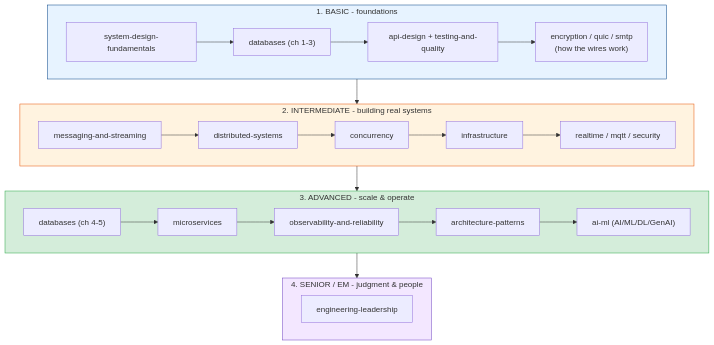
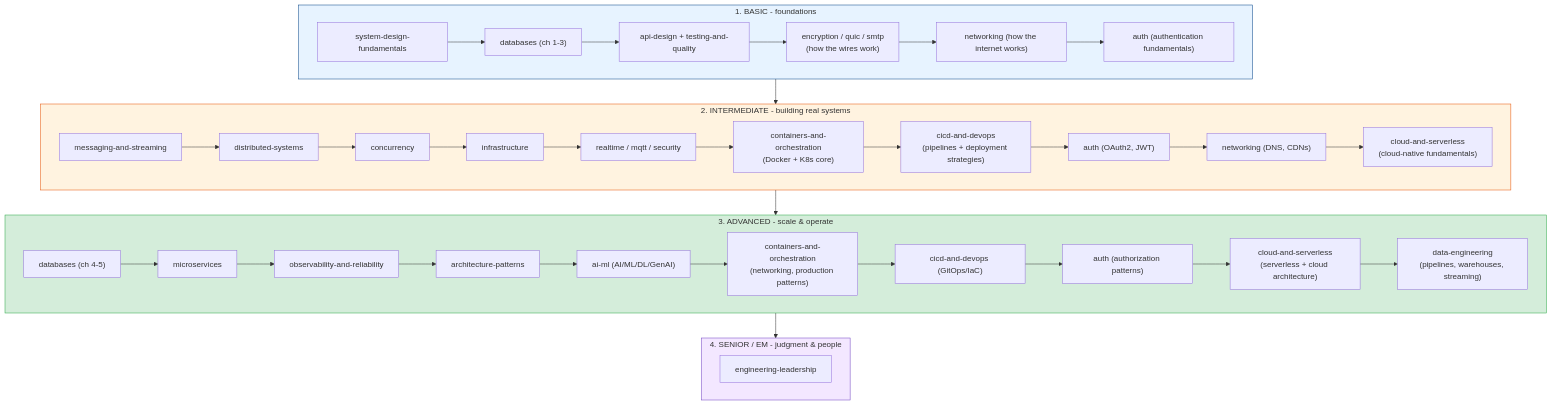
Before and after one commit to 0PrashantYadav0/TechDocs: the diagram in README.md, drawn with Mermaid. The commit also changed other lines of this file, not shown here.

````diff
--- a/README.md
+++ b/README.md
@@ -33,28 +33,40 @@
 ```mermaid
 flowchart TB
     subgraph L1["1. BASIC - foundations"]
     A["system-design-fundamentals"] --> B["databases (ch 1-3)"]
     B --> C["api-design + testing-and-quality"]
     C --> C2["encryption / quic / smtp<br/>(how the wires work)"]
+    C2 --> NET1["networking (how the internet works)"]
+    NET1 --> AUTH1["auth (authentication fundamentals)"]
     end
     subgraph L2["2. INTERMEDIATE - building real systems"]
     D["messaging-and-streaming"] --> E["distributed-systems"]
     E --> CC["concurrency"]
     CC --> F["infrastructure"]
     F --> G["realtime / mqtt / security"]
+    G --> CON1["containers-and-orchestration<br/>(Docker + K8s core)"]
+    CON1 --> CICD1["cicd-and-devops<br/>(pipelines + deployment strategies)"]
+    CICD1 --> AUTH2["auth (OAuth2, JWT)"]
+    AUTH2 --> NET2["networking (DNS, CDNs)"]
+    NET2 --> CLOUD1["cloud-and-serverless<br/>(cloud-native fundamentals)"]
     end
     subgraph L3["3. ADVANCED - scale & operate"]
     H["databases (ch 4-5)"] --> I["microservices"]
     I --> J["observability-and-reliability"]
     J --> K["architecture-patterns"]
     K --> AI["ai-ml (AI/ML/DL/GenAI)"]
+    AI --> CON2["containers-and-orchestration<br/>(networking, production patterns)"]
+    CON2 --> CICD2["cicd-and-devops (GitOps/IaC)"]
+    CICD2 --> AUTH3["auth (authorization patterns)"]
+    AUTH3 --> CLOUD2["cloud-and-serverless<br/>(serverless + cloud architecture)"]
+    CLOUD2 --> DE["data-engineering<br/>(pipelines, warehouses, streaming)"]
     end
     subgraph L4["4. SENIOR / EM - judgment & people"]
     M["engineering-leadership"]
     end
     L1 --> L2 --> L3 --> L4
     style L1 fill:#e7f3ff,stroke:#004085
     style L2 fill:#fff3e0,stroke:#e65100
     style L3 fill:#d4edda,stroke:#28a745
     style L4 fill:#f3e7ff,stroke:#6f42c1
 ```
````
